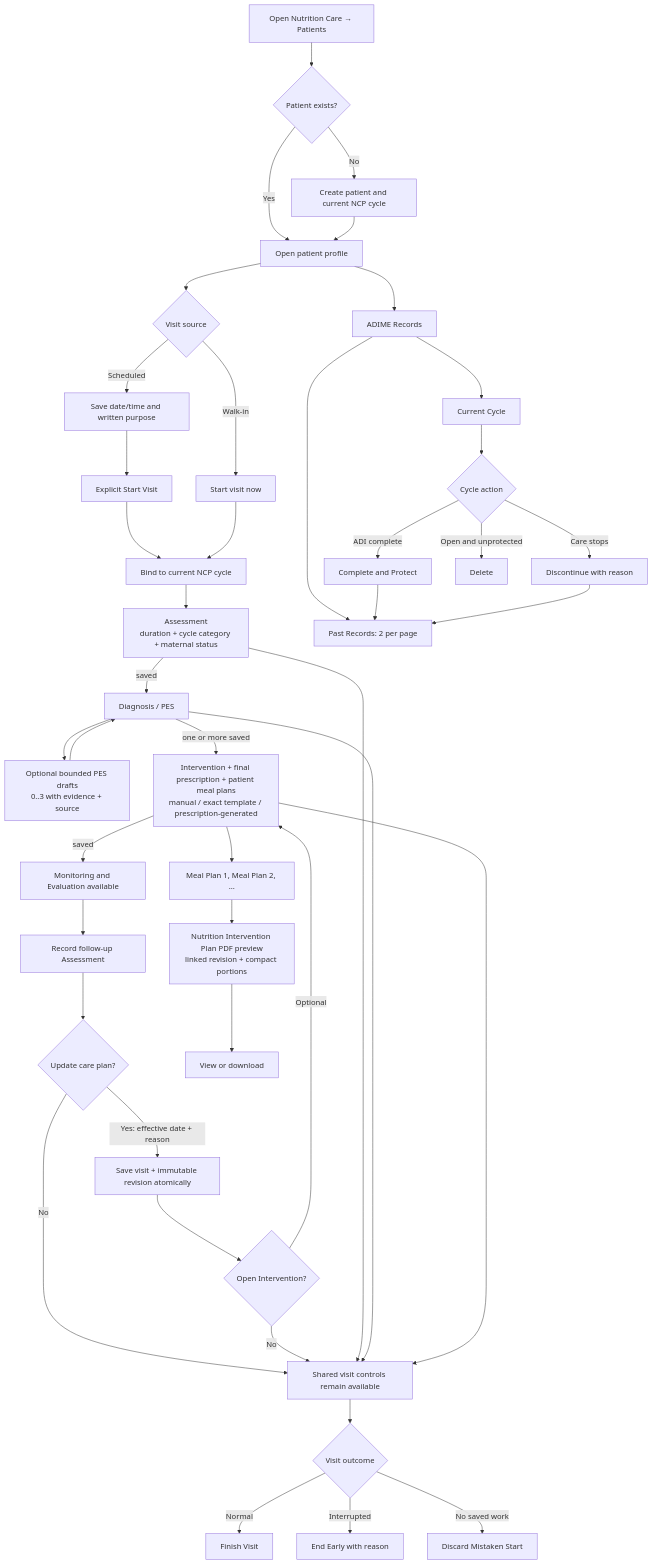
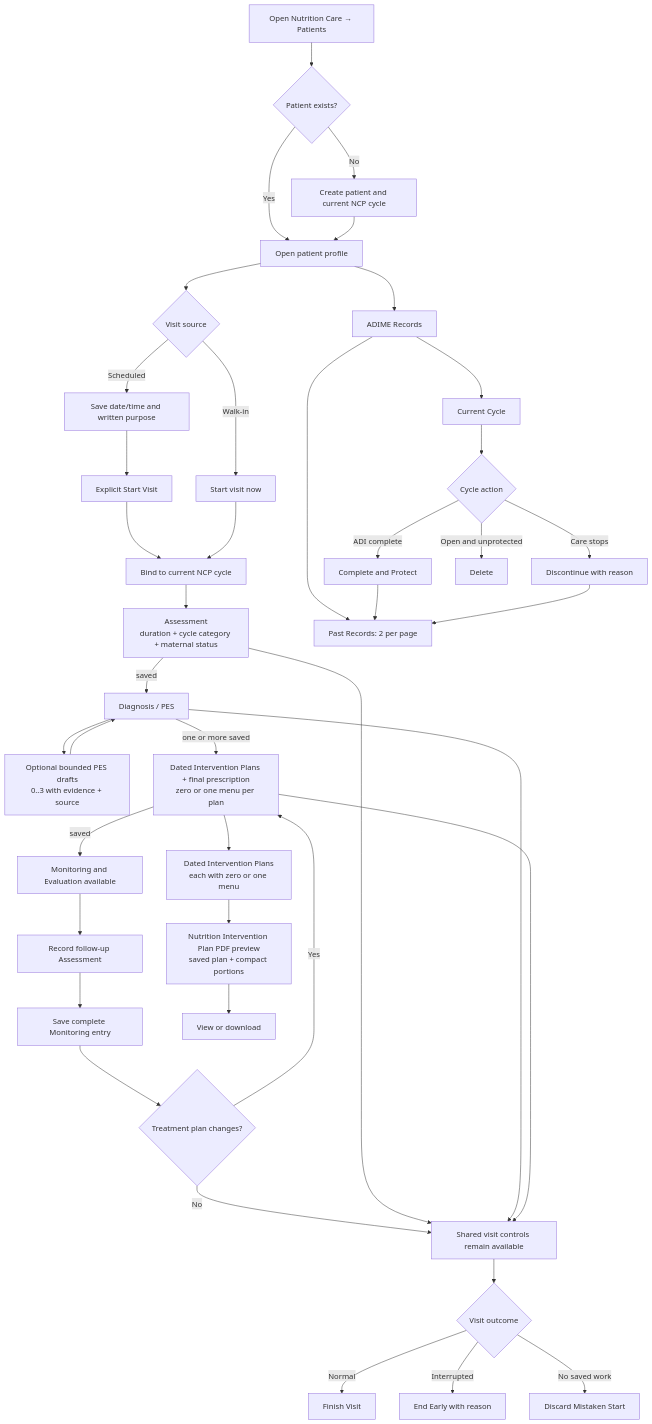
Before and after one commit to ja2gc/Nutriscope: the second of 9 diagrams in docs/module-workflow-flowchart.md, drawn with Mermaid. The commit also changed other lines of this file and 32 other files, not shown here.

Commit message:
docs: reconcile dated intervention workflow

````diff
--- a/docs/module-workflow-flowchart.md
+++ b/docs/module-workflow-flowchart.md
@@ -62,48 +62,46 @@
 ```mermaid
 flowchart TD
     A["Open Nutrition Care → Patients"] --> B{"Patient exists?"}
     B -->|"No"| C["Create patient and current NCP cycle"]
     B -->|"Yes"| D["Open patient profile"]
     C --> D
     D --> E{"Visit source"}
     E -->|"Scheduled"| F["Save date/time and written purpose"]
     E -->|"Walk-in"| G["Start visit now"]
     F --> H["Explicit Start Visit"]
     H --> I["Bind to current NCP cycle"]
     G --> I
 
     I --> J["Assessment<br/>duration + cycle category + maternal status"]
     J -->|"saved"| K["Diagnosis / PES"]
     K --> K1["Optional bounded PES drafts<br/>0..3 with evidence + source"]
     K1 --> K
-    K -->|"one or more saved"| L["Intervention + final prescription + patient meal plans<br/>manual / exact template / prescription-generated"]
+    K -->|"one or more saved"| L["Dated Intervention Plans + final prescription<br/>zero or one menu per plan"]
     L -->|"saved"| M["Monitoring and Evaluation available"]
     M --> M0["Record follow-up Assessment"]
-    M0 --> M1{"Update care plan?"}
-    M1 -->|"No"| N
-    M1 -->|"Yes: effective date + reason"| M2["Save visit + immutable revision atomically"]
-    M2 --> M3{"Open Intervention?"}
-    M3 -->|"Optional"| L
-    M3 -->|"No"| N
+    M0 --> M1["Save complete Monitoring entry"]
+    M1 --> M2{"Treatment plan changes?"}
+    M2 -->|"No"| N
+    M2 -->|"Yes"| L
     J --> N["Shared visit controls remain available"]
     K --> N
     L --> N
     N --> O{"Visit outcome"}
     O -->|"Normal"| P["Finish Visit"]
     O -->|"Interrupted"| Q["End Early with reason"]
     O -->|"No saved work"| R["Discard Mistaken Start"]
 
     D --> S["ADIME Records"]
     S --> T["Current Cycle"]
     S --> U["Past Records: 2 per page"]
     T --> V{"Cycle action"}
     V -->|"ADI complete"| W["Complete and Protect"]
     V -->|"Care stops"| X["Discontinue with reason"]
     V -->|"Open and unprotected"| Y["Delete"]
     W --> U
     X --> U
 
-    L --> Z["Meal Plan 1, Meal Plan 2, …"]
-    Z --> AA["Nutrition Intervention Plan PDF preview<br/>linked revision + compact portions"]
+    L --> Z["Dated Intervention Plans<br/>each with zero or one menu"]
+    Z --> AA["Nutrition Intervention Plan PDF preview<br/>saved plan + compact portions"]
     AA --> AB["View or download"]
 ```
````
